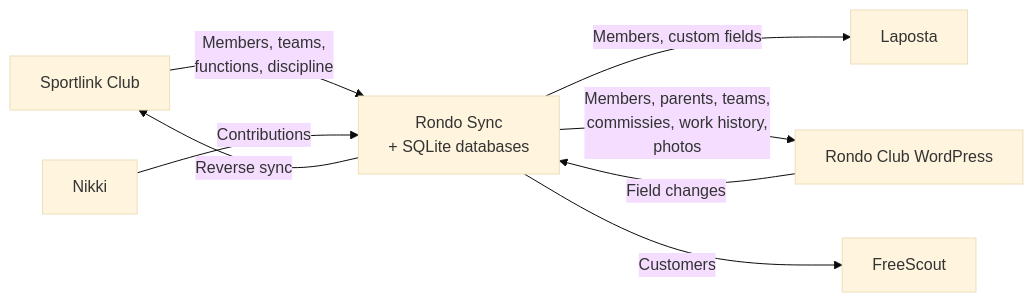
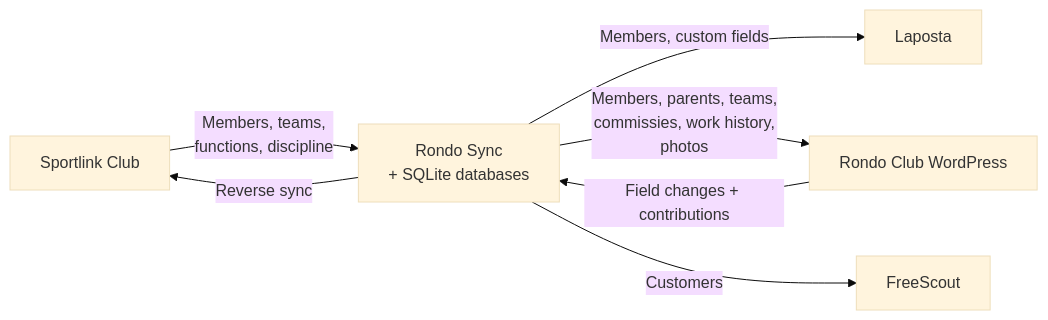
The diagram in README.md (RondoHQ/rondo-sync), drawn with Mermaid (base theme) before and after one commit. The commit also changed other lines of this file and 10 other files, not shown here.

Commit message:
feat: Sync Rondo contributions to FreeScout

````diff
--- a/README.md
+++ b/README.md
@@ -11,17 +11,15 @@
 ```mermaid
 graph LR
     SL[Sportlink Club]
-    NK[Nikki]
     SYNC[Rondo Sync<br>+ SQLite databases]
     ST[Rondo Club WordPress]
     LP[Laposta]
     FS[FreeScout]
 
     SL -->|Members, teams,<br>functions, discipline| SYNC
-    NK -->|Contributions| SYNC
     SYNC -->|Members, custom fields| LP
     SYNC -->|Members, parents, teams,<br>commissies, work history,<br>photos| ST
     SYNC -->|Customers| FS
-    ST -->|Field changes| SYNC
+    ST -->|Field changes + contributions| SYNC
     SYNC -->|Reverse sync| SL
 ```
````
